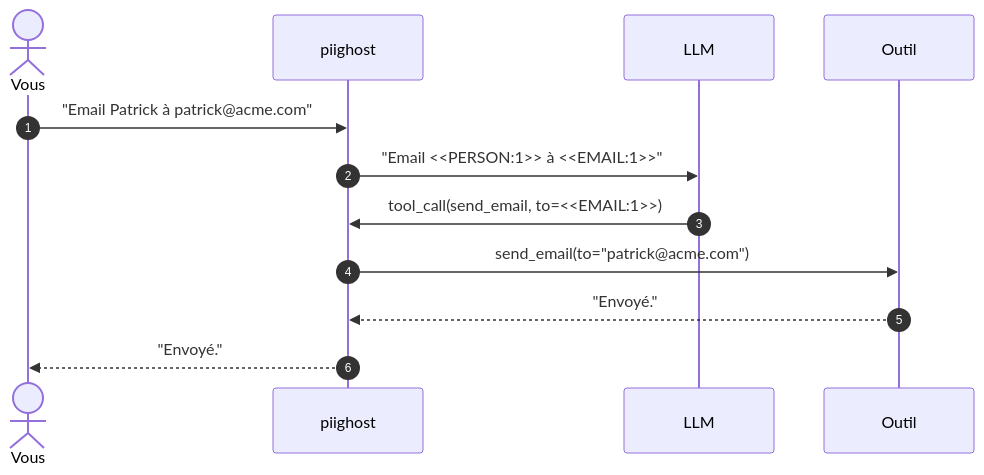
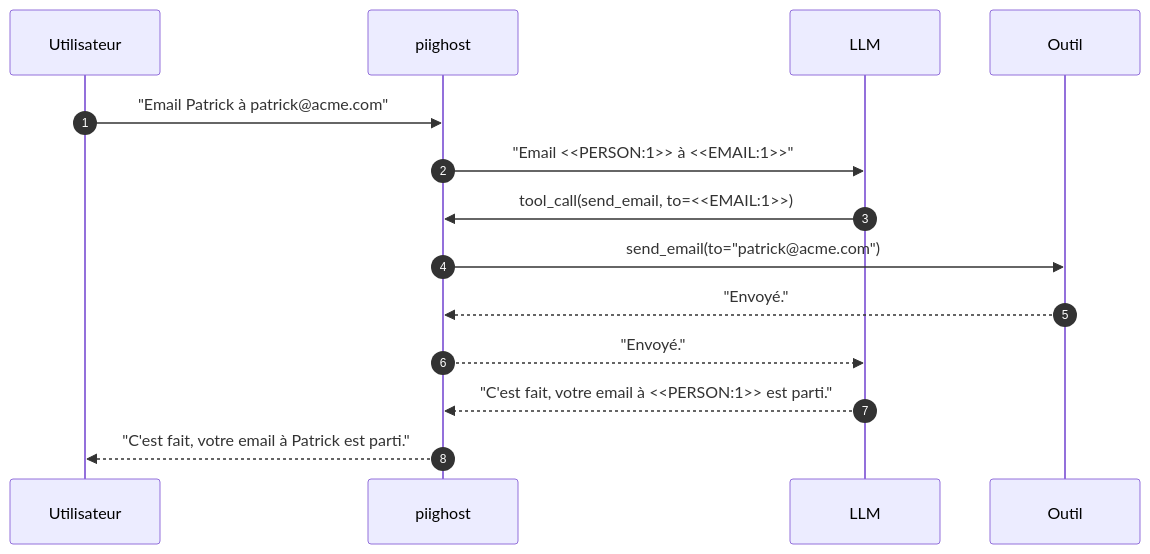
Before and after one commit to Athroniaeth/piighost: the first of 2 diagrams in README.fr.md, drawn with Mermaid. The commit also changed other lines of this file and 1 other file, not shown here.

````diff
--- a/README.fr.md
+++ b/README.fr.md
@@ -17,15 +17,17 @@
 ```mermaid
 sequenceDiagram
     autonumber
-    actor U as Vous
+    participant U as Utilisateur
     participant M as piighost
     participant L as LLM
     participant T as Outil
 
     U->>M: "Email Patrick à patrick@acme.com"
     M->>L: "Email <<PERSON:1>> à <<EMAIL:1>>"
     L->>M: tool_call(send_email, to=<<EMAIL:1>>)
     M->>T: send_email(to="patrick@acme.com")
     T-->>M: "Envoyé."
-    M-->>U: "Envoyé."
+    M-->>L: "Envoyé."
+    L-->>M: "C'est fait, votre email à <<PERSON:1>> est parti."
+    M-->>U: "C'est fait, votre email à Patrick est parti."
 ```
````
